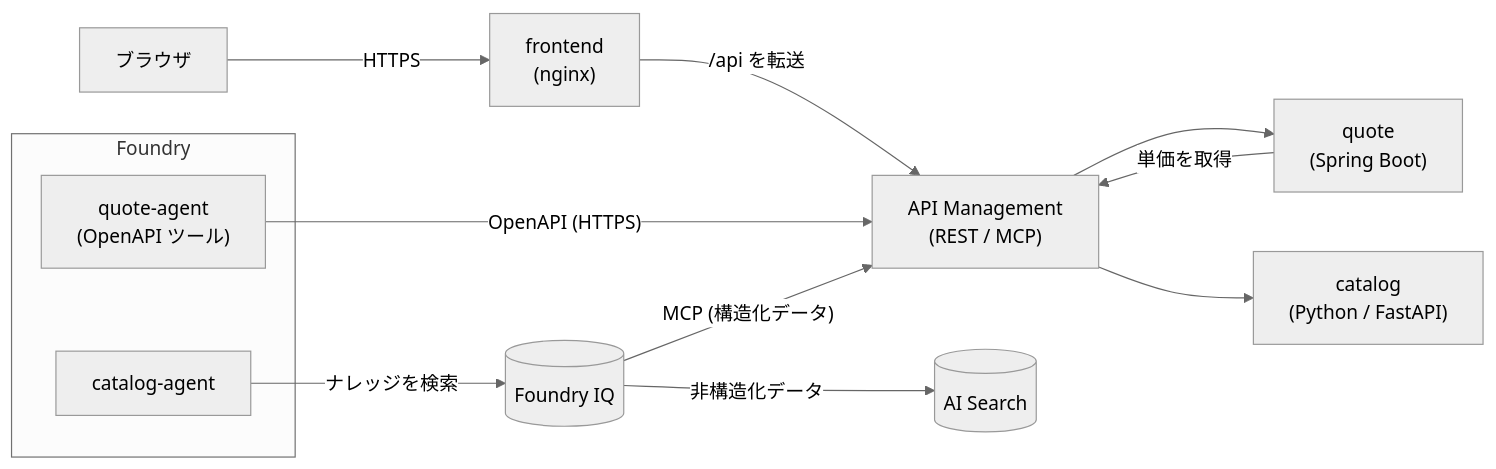
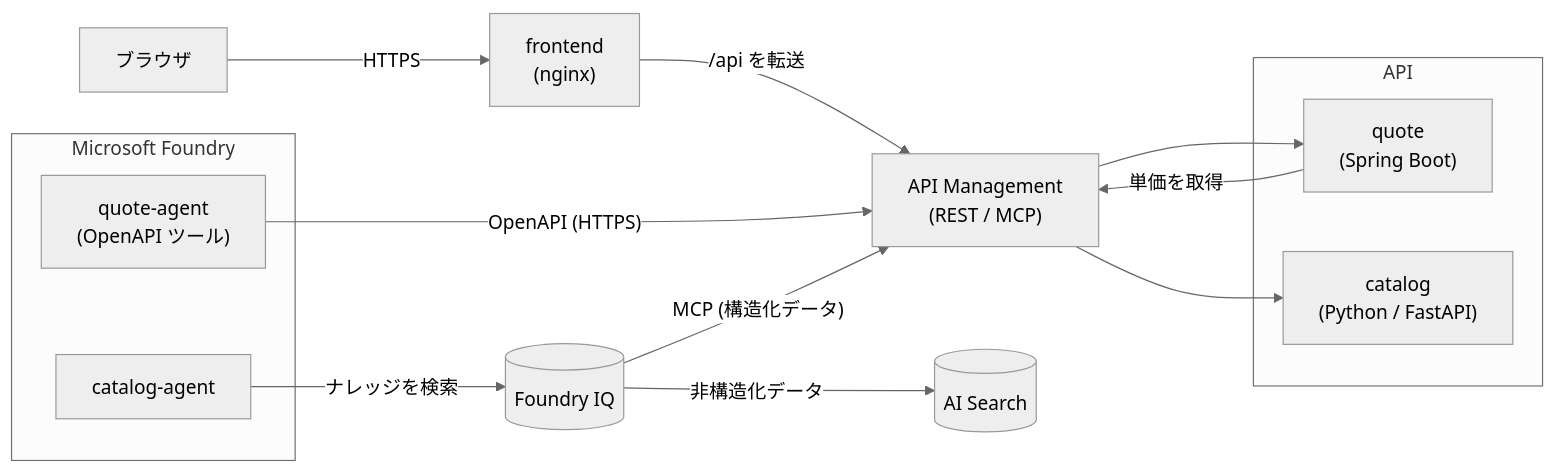
Before and after one commit to k-kosugi/quote: the first of 2 diagrams in README.md, drawn with Mermaid (neutral theme).

Commit message:
README の図: Microsoft Foundry に名称変更し、quote と catalog を API の箱で囲む

````diff
--- a/README.md
+++ b/README.md
@@ -53,16 +53,20 @@
 ```mermaid
 flowchart LR
     Browser[ブラウザ] -->|HTTPS| Frontend["frontend<br/>(nginx)"]
     Frontend -->|"/api を転送"| Apim["API Management<br/>(REST / MCP)"]
-    Apim --> Quote["quote<br/>(Spring Boot)"]
-    Apim --> Catalog["catalog<br/>(Python / FastAPI)"]
+    subgraph API
+        Quote["quote<br/>(Spring Boot)"]
+        Catalog["catalog<br/>(Python / FastAPI)"]
+    end
+    Apim --> Quote
+    Apim --> Catalog
     Quote -->|"単価を取得"| Apim
-    subgraph Foundry
+    subgraph MSFoundry["Microsoft Foundry"]
         QuoteAgent["quote-agent<br/>(OpenAPI ツール)"]
         CatalogAgent["catalog-agent"]
     end
     QuoteAgent -->|"OpenAPI (HTTPS)"| Apim
     CatalogAgent -->|"ナレッジを検索"| IQ[("Foundry IQ")]
     IQ -->|"非構造化データ"| Search[("AI Search")]
     IQ -->|"MCP (構造化データ)"| Apim
 ```
````
